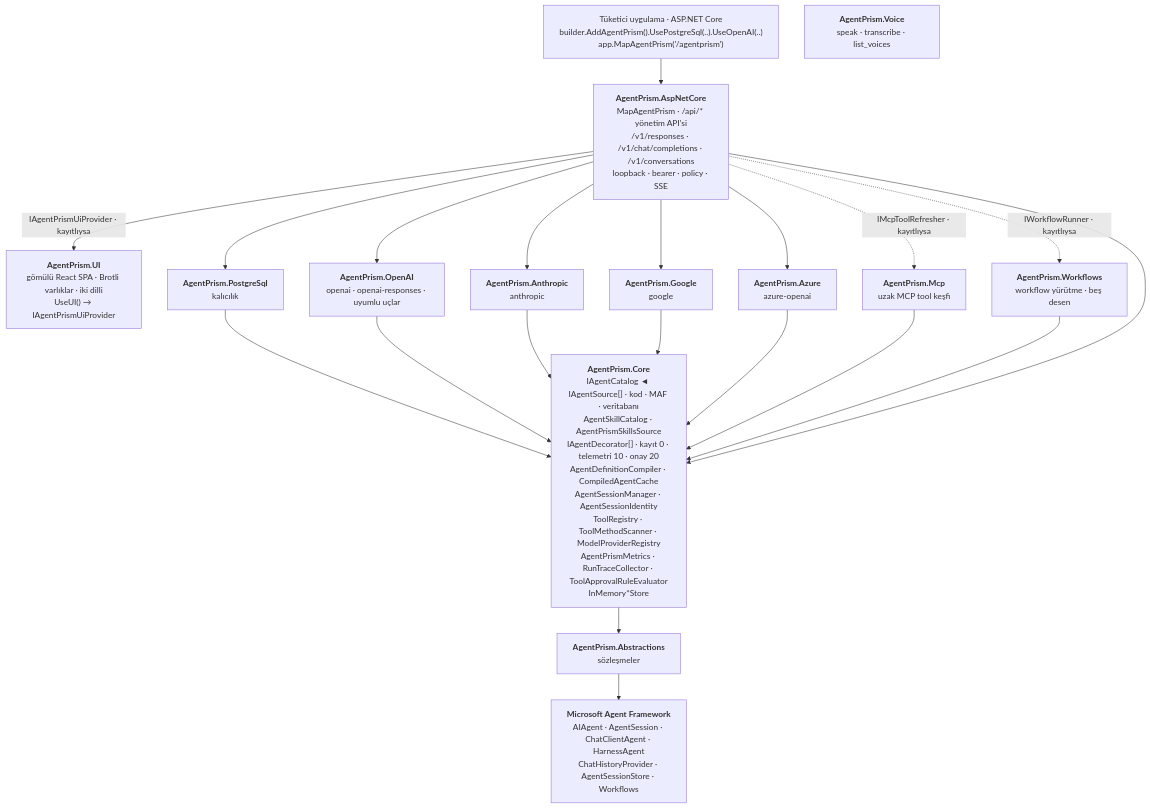
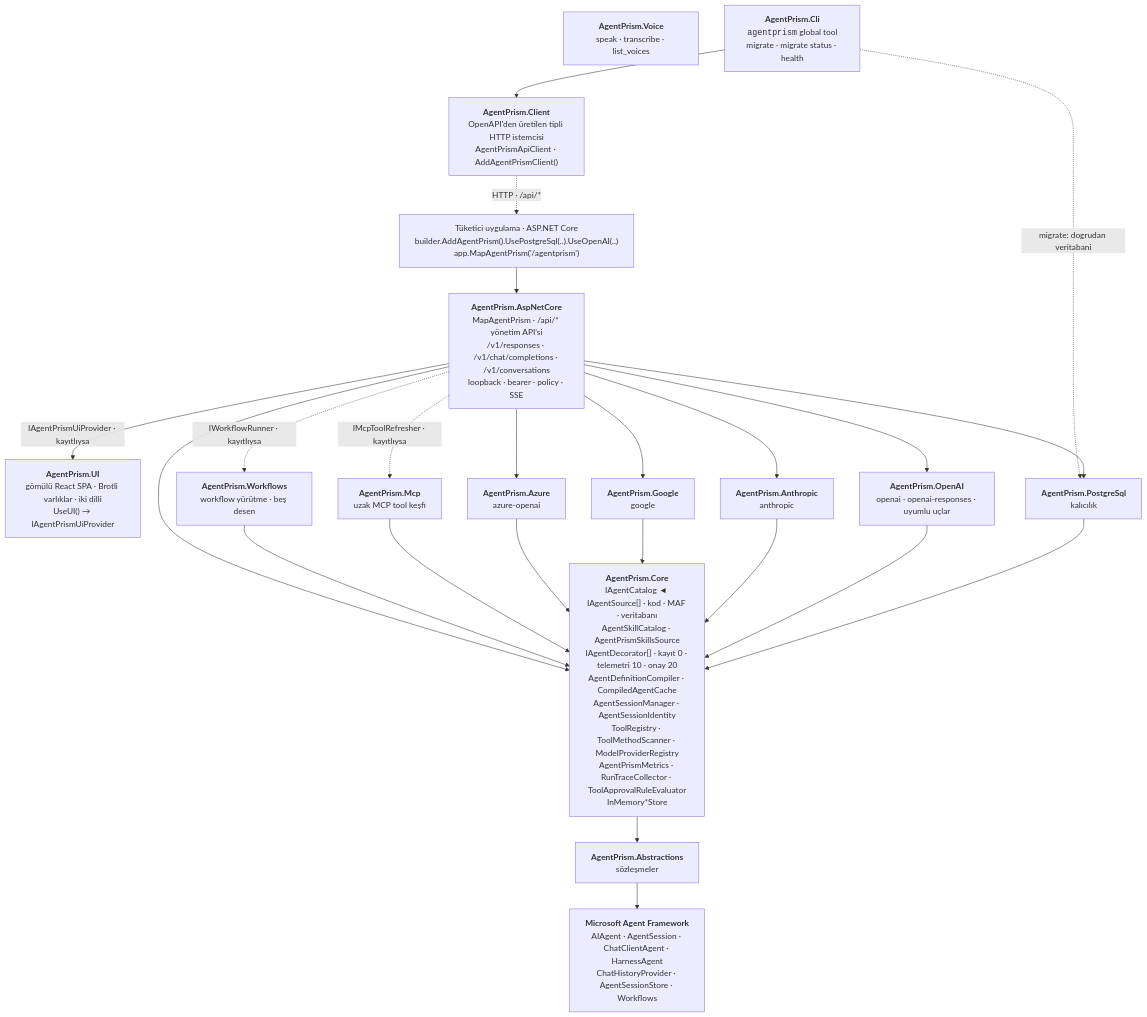
One commit to farukatasoy/Tracon changed the first of 7 diagrams in docs/MIMARI.md. Above: the diagram before and after it, drawn with Mermaid. The commit also changed other lines of this file and 66 other files, not shown here.

````diff
--- a/docs/MIMARI.md
+++ b/docs/MIMARI.md
@@ -45,42 +45,48 @@
 ```mermaid
 flowchart TD
     T["Tüketici uygulama · ASP.NET Core<br/>builder.AddAgentPrism().UsePostgreSql(..).UseOpenAI(..)<br/>app.MapAgentPrism('/agentprism')"]
 
     UI["<b>AgentPrism.UI</b><br/>gömülü React SPA · Brotli varlıklar · iki dilli<br/>UseUI() → IAgentPrismUiProvider"]
 
     HTTP["<b>AgentPrism.AspNetCore</b><br/>MapAgentPrism · /api/* yönetim API'si<br/>/v1/responses · /v1/chat/completions · /v1/conversations<br/>loopback · bearer · policy · SSE"]
 
     PG["<b>AgentPrism.PostgreSql</b><br/>kalıcılık"]
     OA["<b>AgentPrism.OpenAI</b><br/>openai · openai-responses · uyumlu uçlar"]
     AN["<b>AgentPrism.Anthropic</b><br/>anthropic"]
     GO["<b>AgentPrism.Google</b><br/>google"]
     AZ["<b>AgentPrism.Azure</b><br/>azure-openai"]
     VO["<b>AgentPrism.Voice</b><br/>speak · transcribe · list_voices"]
     MCP["<b>AgentPrism.Mcp</b><br/>uzak MCP tool keşfi"]
     WF["<b>AgentPrism.Workflows</b><br/>workflow yürütme · beş desen"]
 
     CORE["<b>AgentPrism.Core</b><br/>IAgentCatalog ◄ IAgentSource[] · kod · MAF · veritabanı<br/>AgentSkillCatalog · AgentPrismSkillsSource<br/>IAgentDecorator[] · kayıt 0 · telemetri 10 · onay 20<br/>AgentDefinitionCompiler · CompiledAgentCache<br/>AgentSessionManager · AgentSessionIdentity<br/>ToolRegistry · ToolMethodScanner · ModelProviderRegistry<br/>AgentPrismMetrics · RunTraceCollector · ToolApprovalRuleEvaluator<br/>InMemory*Store"]
 
     ABS["<b>AgentPrism.Abstractions</b><br/>sözleşmeler"]
 
     MAF["<b>Microsoft Agent Framework</b><br/>AIAgent · AgentSession · ChatClientAgent · HarnessAgent<br/>ChatHistoryProvider · AgentSessionStore · Workflows"]
 
+    CLIENT["<b>AgentPrism.Client</b><br/>OpenAPI'den üretilen tipli HTTP istemcisi<br/>AgentPrismApiClient · AddAgentPrismClient()"]
+    CLI["<b>AgentPrism.Cli</b><br/><code>agentprism</code> global tool<br/>migrate · migrate status · health"]
+
     T --> HTTP
     HTTP -->|"IAgentPrismUiProvider · kayıtlıysa"| UI
     HTTP --> PG
     HTTP --> OA
     HTTP --> AN
     HTTP --> GO
     HTTP --> AZ
     HTTP -.->|"IMcpToolRefresher · kayıtlıysa"| MCP
     HTTP -.->|"IWorkflowRunner · kayıtlıysa"| WF
     PG --> CORE
     OA --> CORE
     AN --> CORE
     GO --> CORE
     AZ --> CORE
     MCP --> CORE
     WF --> CORE
     HTTP --> CORE
     CORE --> ABS --> MAF
+    CLIENT -.->|"HTTP · /api/*"| T
+    CLI --> CLIENT
+    CLI -.->|"migrate: dogrudan veritabani"| PG
 ```
````
